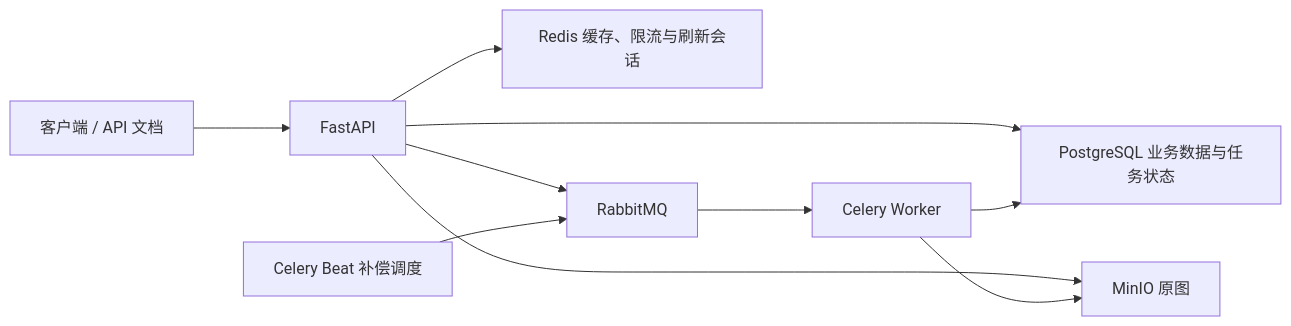
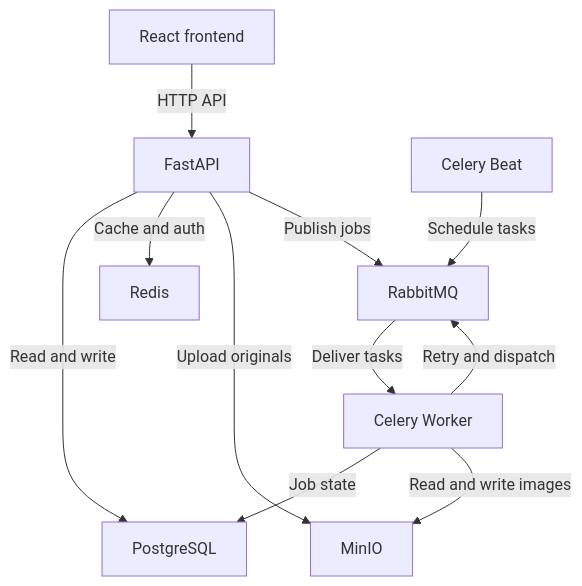
Before and after one commit to 2473009281sth-create/CampusTaste: the diagram in README.md, drawn with Mermaid. The commit also changed other lines of this file and 2 other files, not shown here.

Commit message:
docs: fix architecture diagram with verified SVG fallback

````diff
--- a/README.md
+++ b/README.md
@@ -20,12 +27,22 @@
 ```mermaid
-flowchart LR
-    Client[客户端 / API 文档] --> API[FastAPI]
-    API --> DB[PostgreSQL 业务数据与任务状态]
-    API --> Cache[Redis 缓存、限流与刷新会话]
-    API --> Storage[MinIO 原图]
-    API --> Broker[RabbitMQ]
-    Broker --> Worker[Celery Worker]
-    Worker --> Storage
-    Worker --> DB
-    Beat[Celery Beat 补偿调度] --> Broker
+flowchart TD
+    Frontend["React frontend"]
+    API["FastAPI"]
+    DB["PostgreSQL"]
+    Cache["Redis"]
+    Broker["RabbitMQ"]
+    Worker["Celery Worker"]
+    Storage["MinIO"]
+    Beat["Celery Beat"]
+
+    Frontend -->|HTTP API| API
+    API -->|Read and write| DB
+    API -->|Cache and auth| Cache
+    API -->|Upload originals| Storage
+    API -->|Publish jobs| Broker
+    Beat -->|Schedule tasks| Broker
+    Broker -->|Deliver tasks| Worker
+    Worker -->|Job state| DB
+    Worker -->|Read and write images| Storage
+    Worker -->|Retry and dispatch| Broker
 ```
````
